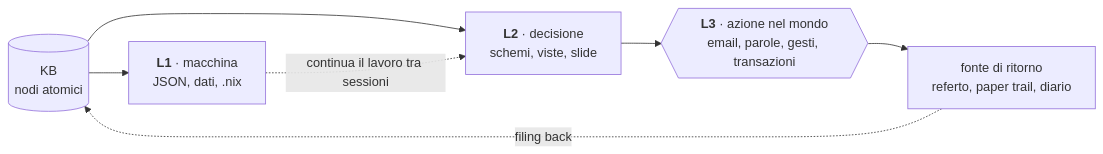
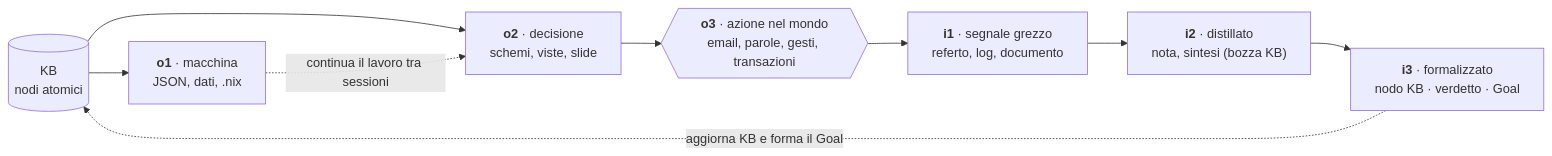
The second of 5 diagrams in presentazione/metodo-in-sintesi.md (steledama/method), drawn with Mermaid before and after one commit. The commit also changed other lines of this file and 18 other files, not shown here.

````diff
--- a/presentazione/metodo-in-sintesi.md
+++ b/presentazione/metodo-in-sintesi.md
@@ -31,14 +31,18 @@
 ```mermaid
 flowchart LR
     KB[("KB<br/>nodi atomici")]
-    L1["<b>L1</b> · macchina<br/>JSON, dati, .nix"]
-    L2["<b>L2</b> · decisione<br/>schemi, viste, slide"]
-    L3{{"<b>L3</b> · azione nel mondo<br/>email, parole, gesti, transazioni"}}
-    F["fonte di ritorno<br/>referto, paper trail, diario"]
-    KB --> L1
-    KB --> L2
-    L2 --> L3
-    L1 -.->|continua il lavoro tra sessioni| L2
-    L3 --> F
-    F -.->|filing back| KB
+    o1["<b>o1</b> · macchina<br/>JSON, dati, .nix"]
+    o2["<b>o2</b> · decisione<br/>schemi, viste, slide"]
+    o3{{"<b>o3</b> · azione nel mondo<br/>email, parole, gesti, transazioni"}}
+    i1["<b>i1</b> · segnale grezzo<br/>referto, log, documento"]
+    i2["<b>i2</b> · distillato<br/>nota, sintesi (bozza KB)"]
+    i3["<b>i3</b> · formalizzato<br/>nodo KB · verdetto · Goal"]
+    KB --> o1
+    KB --> o2
+    o2 --> o3
+    o1 -.->|continua il lavoro tra sessioni| o2
+    o3 --> i1
+    i1 --> i2
+    i2 --> i3
+    i3 -.->|aggiorna KB e forma il Goal| KB
 ```
````
